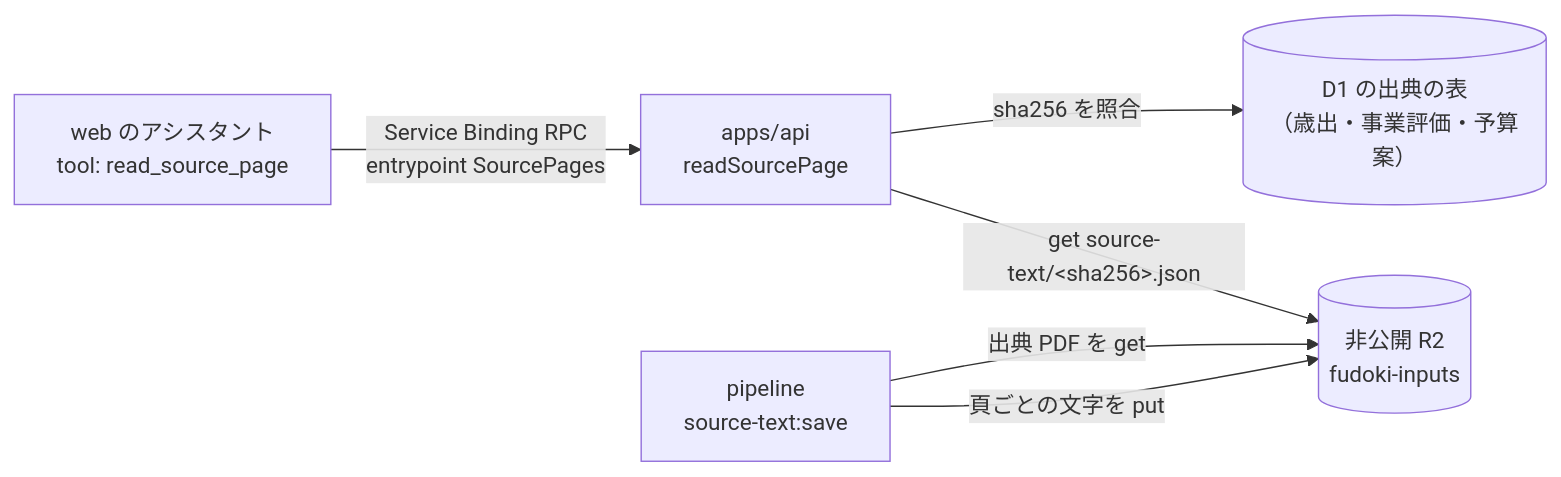
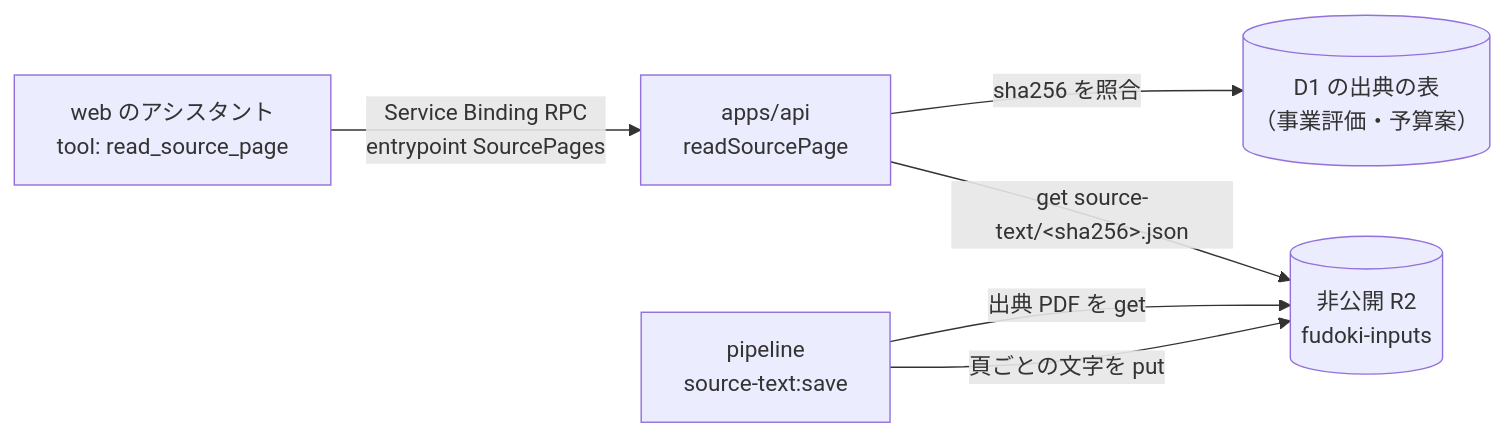
The diagram in docs/prd/source-reading/dd.md (fudoki-hensansitu/fudoki), drawn with Mermaid before and after one commit. The commit also changed other lines of this file and 7 other files, not shown here.

````diff
--- a/docs/prd/source-reading/dd.md
+++ b/docs/prd/source-reading/dd.md
@@ -21,8 +22,8 @@
 ```mermaid
 flowchart LR
   ai["web のアシスタント<br/>tool: read_source_page"] -->|"Service Binding RPC<br/>entrypoint SourcePages"| api["apps/api<br/>readSourcePage"]
-  api -->|"sha256 を照合"| d1[("D1 の出典の表<br/>（歳出・事業評価・予算案）")]
+  api -->|"sha256 を照合"| d1[("D1 の出典の表<br/>（事業評価・予算案）")]
   api -->|"get source-text/&lt;sha256&gt;.json"| r2[("非公開 R2<br/>fudoki-inputs")]
   save["pipeline<br/>source-text:save"] -->|"出典 PDF を get"| r2
   save -->|"頁ごとの文字を put"| r2
 ```
````
